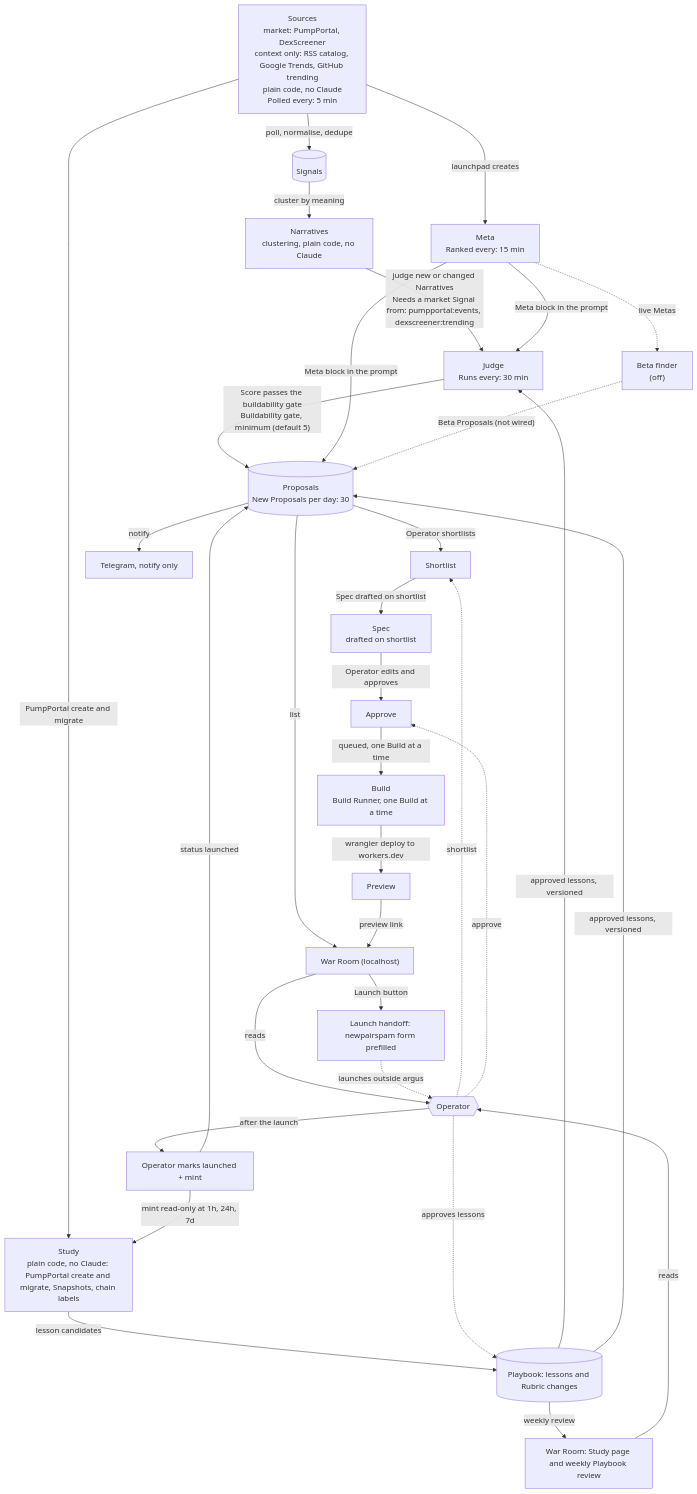
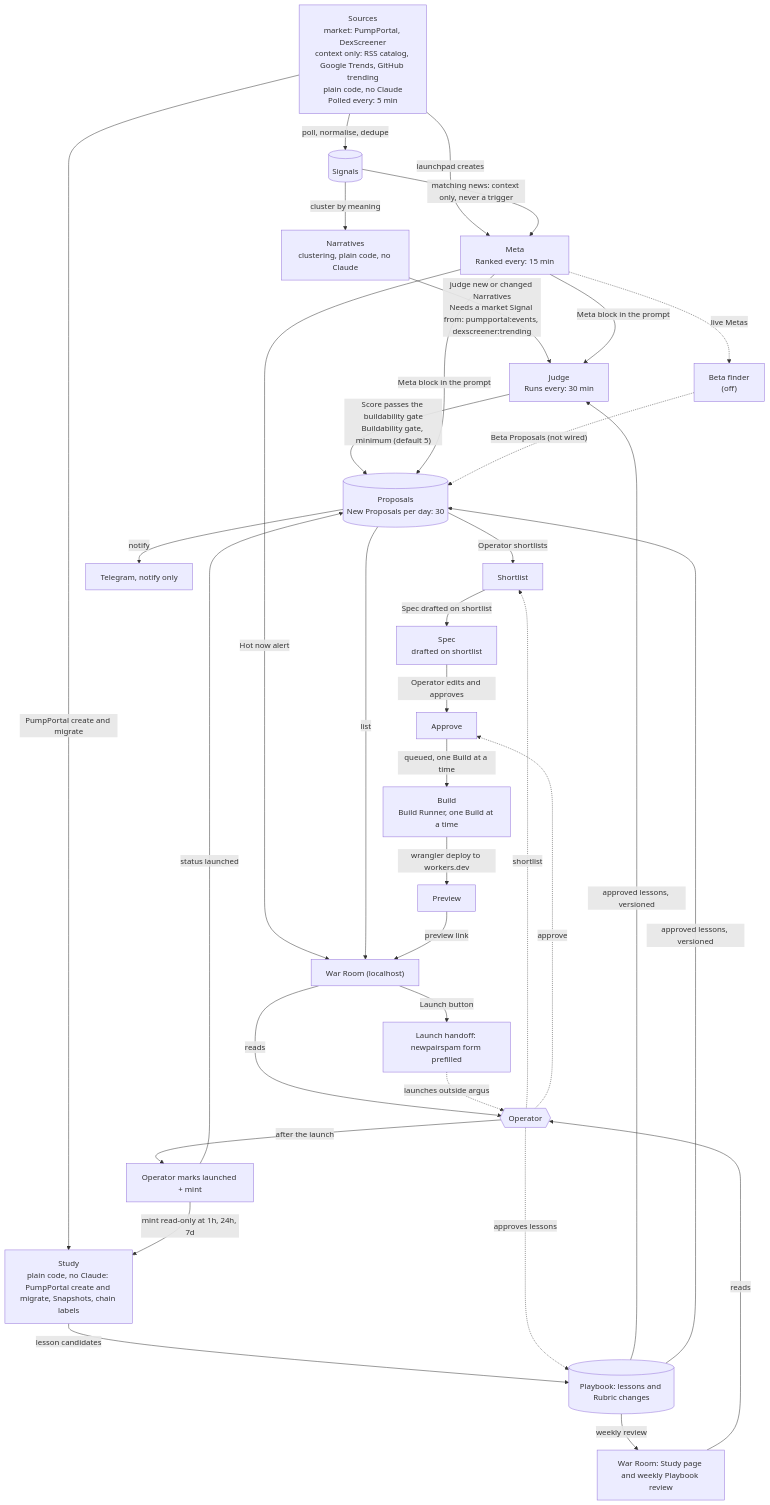
Before and after one commit to LuisPacx/argus: the first of 3 diagrams in docs/architecture.md, drawn with Mermaid. The commit also changed other lines of this file and 32 other files, not shown here.

First line of the commit message:
Missed ideas ticket 03: Hot now events and panel, matching news in the Meta summary prompt

````diff
--- a/docs/architecture.md
+++ b/docs/architecture.md
@@ -16,56 +16,58 @@
 ```mermaid
 flowchart TD
   SOURCES["Sources<br/>market: PumpPortal, DexScreener<br/>context only: RSS catalog, Google Trends, GitHub trending<br/>plain code, no Claude<br/>Polled every: 5 min"]
   SIGNALS[("Signals")]
   NARRATIVES["Narratives<br/>clustering, plain code, no Claude"]
   JUDGE["Judge<br/>Runs every: 30 min"]
   PROPOSALS[("Proposals<br/>New Proposals per day: 30")]
   SHORTLIST["Shortlist"]
   SPEC["Spec<br/>drafted on shortlist"]
   APPROVE["Approve"]
   BUILD["Build<br/>Build Runner, one Build at a time"]
   PREVIEW["Preview"]
   STUDY["Study<br/>plain code, no Claude: PumpPortal create and migrate, Snapshots, chain labels"]
   META["Meta<br/>Ranked every: 15 min"]
   BETA["Beta finder<br/>(off)"]
   OPERATOR{{"Operator"}}
   WARROOM["War Room (localhost)"]
   TELEGRAM["Telegram, notify only"]
   HANDOFF["Launch handoff: newpairspam form prefilled"]
   MARKED["Operator marks launched + mint"]
   PLAYBOOK[("Playbook: lessons and Rubric changes")]
   REVIEW["War Room: Study page and weekly Playbook review"]
 
   SOURCES -->|"poll, normalise, dedupe"| SIGNALS
   SIGNALS -->|"cluster by meaning"| NARRATIVES
   NARRATIVES -->|"judge new or changed Narratives<br/>Needs a market Signal from: pumpportal:events, dexscreener:trending"| JUDGE
   JUDGE -->|"Score passes the buildability gate<br/>Buildability gate, minimum (default 5)"| PROPOSALS
   PROPOSALS -->|"Operator shortlists"| SHORTLIST
   SHORTLIST -->|"Spec drafted on shortlist"| SPEC
   SPEC -->|"Operator edits and approves"| APPROVE
   APPROVE -->|"queued, one Build at a time"| BUILD
   BUILD -->|"wrangler deploy to workers.dev"| PREVIEW
   SOURCES -->|"PumpPortal create and migrate"| STUDY
   SOURCES -->|"launchpad creates"| META
+  SIGNALS -->|"matching news: context only, never a trigger"| META
+  META -->|"Hot now alert"| WARROOM
   META -->|"Meta block in the prompt"| JUDGE
   META -->|"Meta block in the prompt"| PROPOSALS
   META -.->|"live Metas"| BETA
   BETA -.->|"Beta Proposals (not wired)"| PROPOSALS
   PROPOSALS -->|"list"| WARROOM
   PROPOSALS -->|"notify"| TELEGRAM
   WARROOM -->|"reads"| OPERATOR
   OPERATOR -.->|"shortlist"| SHORTLIST
   OPERATOR -.->|"approve"| APPROVE
   PREVIEW -->|"preview link"| WARROOM
   WARROOM -->|"Launch button"| HANDOFF
   HANDOFF -.->|"launches outside argus"| OPERATOR
   OPERATOR -->|"after the launch"| MARKED
   MARKED -->|"status launched"| PROPOSALS
   MARKED -->|"mint read-only at 1h, 24h, 7d"| STUDY
   STUDY -->|"lesson candidates"| PLAYBOOK
   PLAYBOOK -->|"weekly review"| REVIEW
   REVIEW -->|"reads"| OPERATOR
   OPERATOR -.->|"approves lessons"| PLAYBOOK
   PLAYBOOK -->|"approved lessons, versioned"| JUDGE
   PLAYBOOK -->|"approved lessons, versioned"| PROPOSALS
 ```
````
